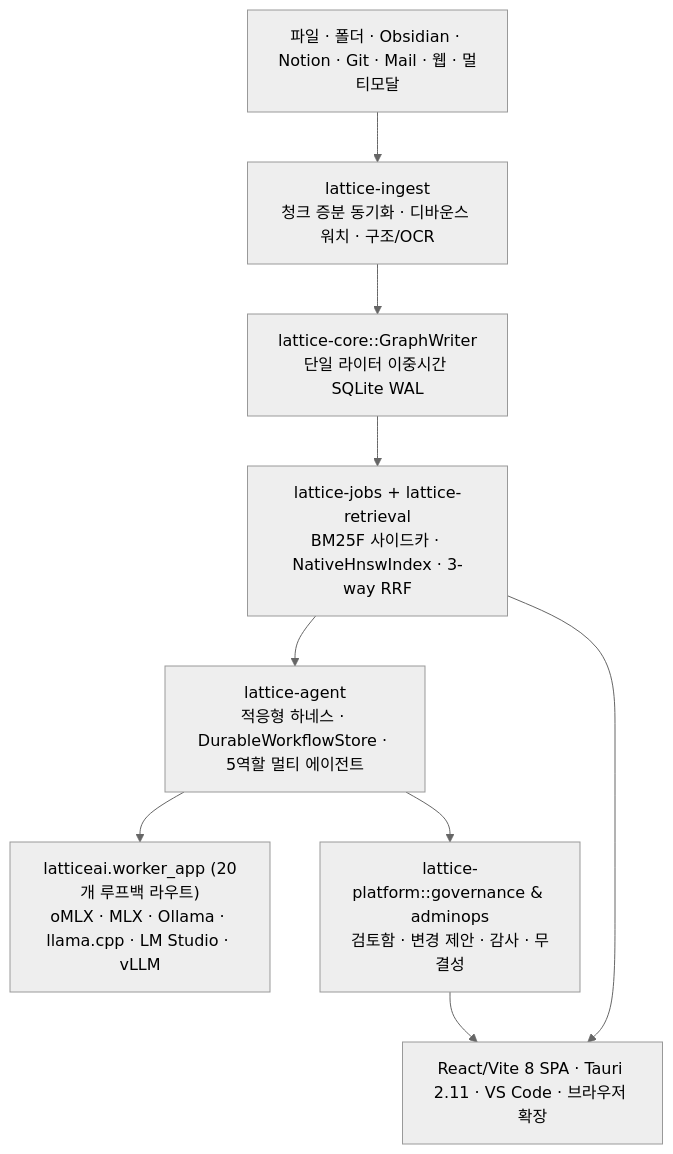
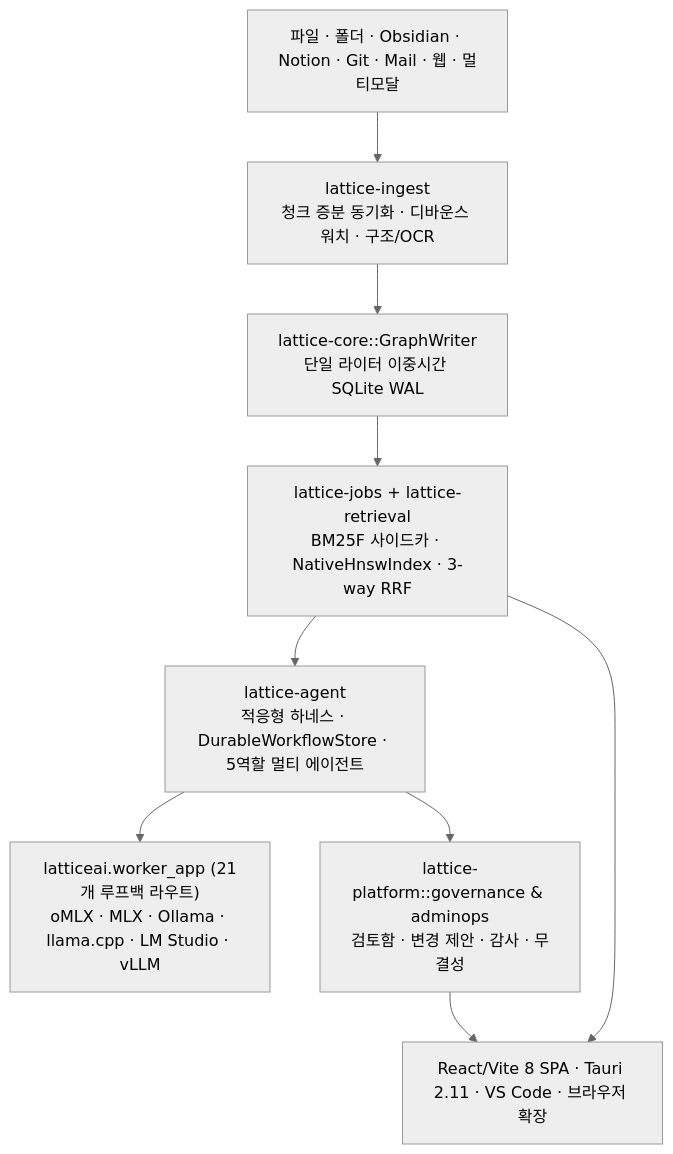
The diagram in docs/ko/architecture-overview.md (TaeSooPark-PTS/LatticeAI), drawn with Mermaid (neutral theme) before and after one commit. The commit also changed other lines of this file and 445 other files, not shown here.

````diff
--- a/docs/ko/architecture-overview.md
+++ b/docs/ko/architecture-overview.md
@@ -23,18 +23,18 @@
 ```mermaid
 flowchart TD
     User["파일 · 폴더 · Obsidian · Notion · Git · Mail · 웹 · 멀티모달"]
     Ingest["lattice-ingest<br/>청크 증분 동기화 · 디바운스 워치 · 구조/OCR"]
     Writer["lattice-core::GraphWriter<br/>단일 라이터 이중시간 SQLite WAL"]
     Index["lattice-jobs + lattice-retrieval<br/>BM25F 사이드카 · NativeHnswIndex · 3-way RRF"]
     Harness["lattice-agent<br/>적응형 하네스 · DurableWorkflowStore · 5역할 멀티 에이전트"]
-    Worker["latticeai.worker_app (20개 루프백 라우트)<br/>oMLX · MLX · Ollama · llama.cpp · LM Studio · vLLM"]
+    Worker["latticeai.worker_app (21개 루프백 라우트)<br/>oMLX · MLX · Ollama · llama.cpp · LM Studio · vLLM"]
     Gov["lattice-platform::governance & adminops<br/>검토함 · 변경 제안 · 감사 · 무결성"]
     Surfaces["React/Vite 8 SPA · Tauri 2.11 · VS Code · 브라우저 확장"]
 
     User --> Ingest --> Writer --> Index
     Index --> Harness
     Harness --> Worker
     Harness --> Gov
     Gov --> Surfaces
     Index --> Surfaces
 ```
````
